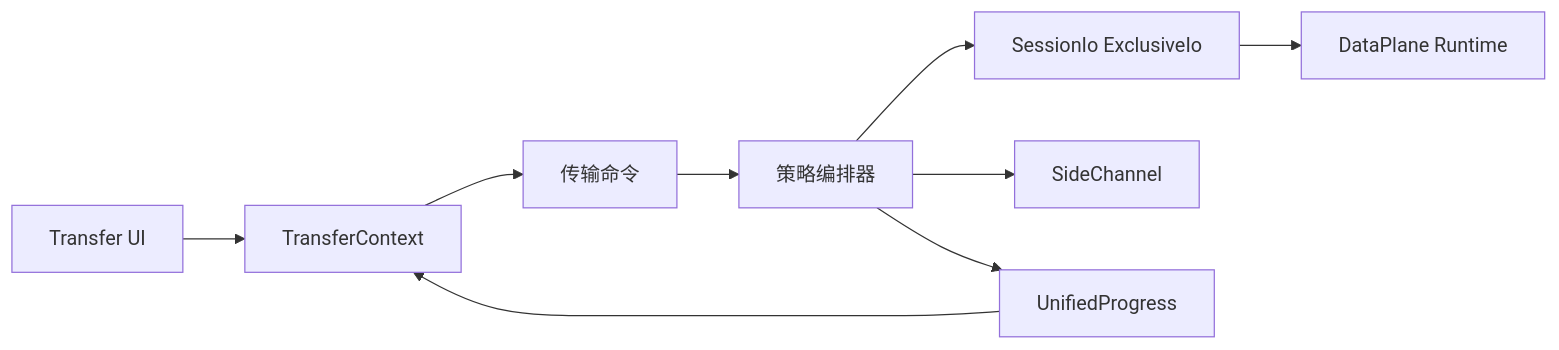
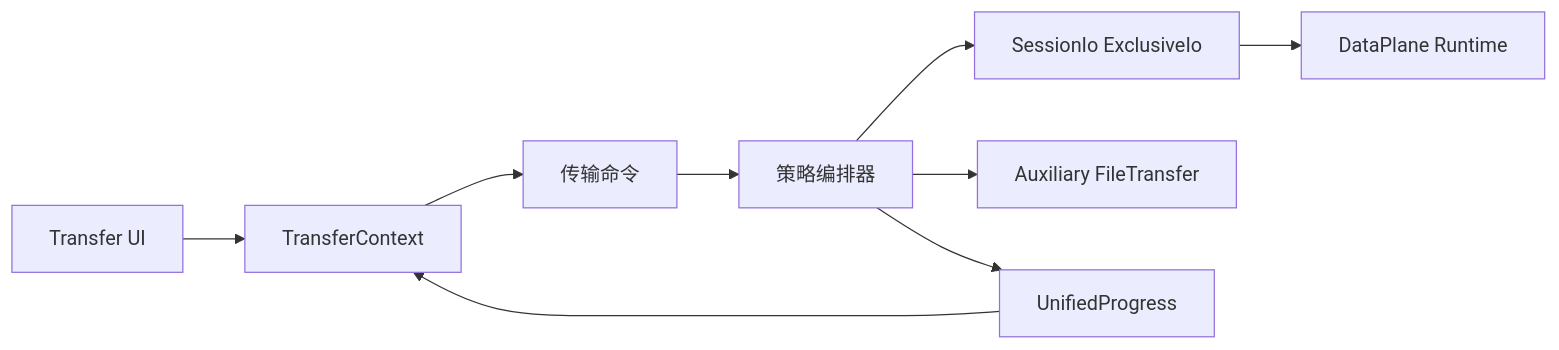
Before and after one commit to hamburger-os/TauTerm: the diagram in docs/modules/TRANSFER.md, drawn with Mermaid. The commit also changed other lines of this file and 12 other files, not shown here.

````diff
--- a/docs/modules/TRANSFER.md
+++ b/docs/modules/TRANSFER.md
@@ -29,11 +29,11 @@
 ```mermaid
 flowchart LR
   UI["Transfer UI"] --> Context["TransferContext"]
   Context --> Command["传输命令"]
   Command --> Orchestrator["策略编排器"]
   Orchestrator --> Inline["SessionIo ExclusiveIo"]
-  Orchestrator --> Side["SideChannel"]
+  Orchestrator --> Side["Auxiliary FileTransfer"]
   Orchestrator --> Progress["UnifiedProgress"]
   Inline --> DP["DataPlane Runtime"]
   Progress --> Context
 ```
````
